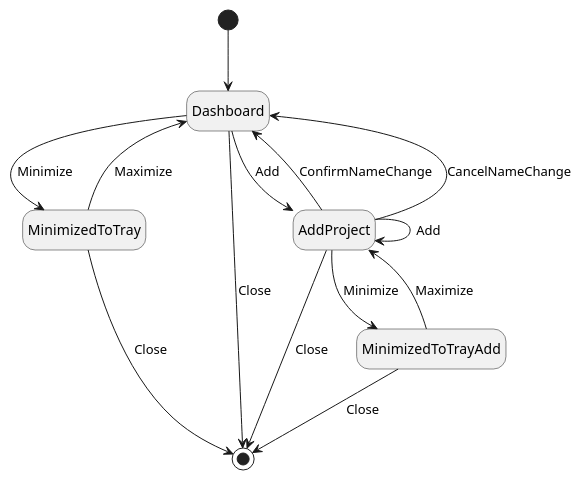
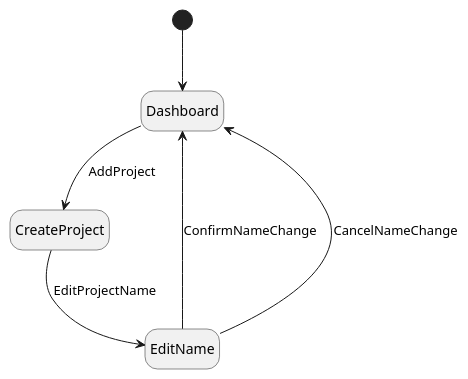
The diagram in assignments/4_model_based_testing/state_machines/state_machine_1.puml (JoaoCostaIFG/tvvs), drawn with PlantUML before and after one commit. The commit also changed 4 other files, not shown here.

```diff
--- a/assignments/4_model_based_testing/state_machines/state_machine_1.puml
+++ b/assignments/4_model_based_testing/state_machines/state_machine_1.puml
@@ -1,22 +1,13 @@
 @startuml
 hide empty description
 
 [*] --> Dashboard
 
-Dashboard --> MinimizedToTray : Minimize
-Dashboard --> [*] : Close
-Dashboard --> AddProject : Add
+Dashboard --> CreateProject : AddProject
 
-AddProject --> MinimizedToTrayAdd : Minimize
-AddProject --> [*] : Close
-AddProject --> Dashboard : ConfirmNameChange
-AddProject --> Dashboard : CancelNameChange
-AddProject --> AddProject : Add
+CreateProject --> EditName : EditProjectName
 
-MinimizedToTrayAdd --> AddProject : Maximize
-MinimizedToTrayAdd --> [*] : Close
-
-MinimizedToTray --> Dashboard : Maximize
-MinimizedToTray --> [*] : Close
+EditName --> Dashboard : ConfirmNameChange
+EditName --> Dashboard : CancelNameChange
 
 @enduml
```
